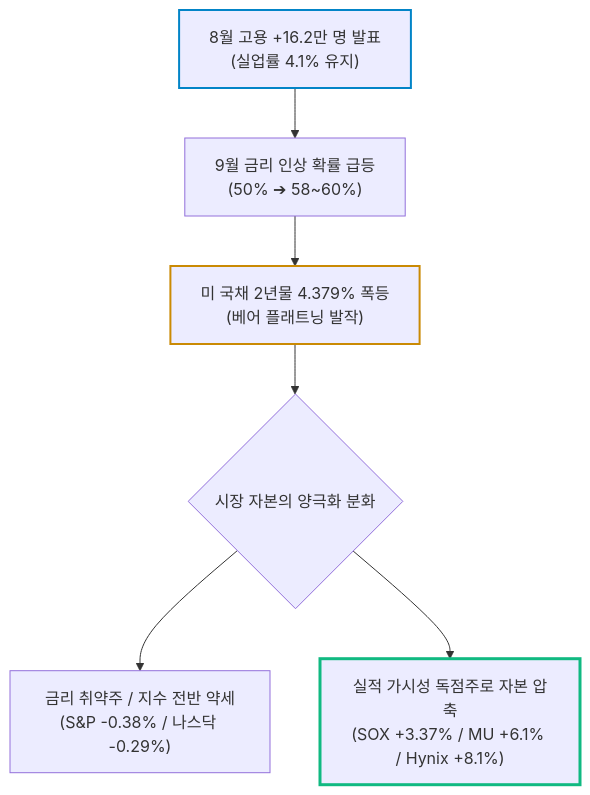
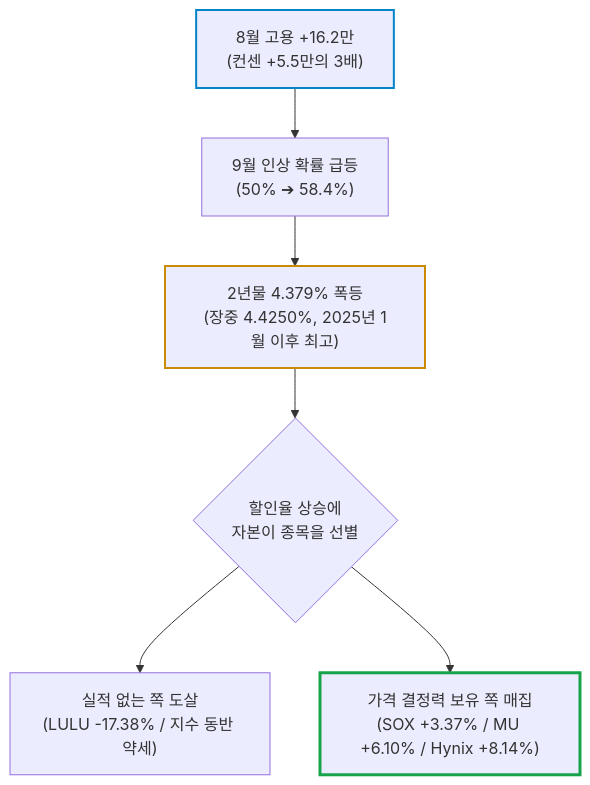
Before and after one commit to ju-sic/ju-sic.github.io: the first of 2 diagrams in docs/news/2026/09/05.md, drawn with Mermaid. The commit also changed other lines of this file and 1 other file, not shown here.

````diff
--- a/docs/news/2026/09/05.md
+++ b/docs/news/2026/09/05.md
@@ -31,12 +29,12 @@
 ```mermaid
 flowchart TD
-    Job["8월 고용 +16.2만 명 발표<br>(실업률 4.1% 유지)"] --> RateHike["9월 금리 인상 확률 급등<br>(50% ➔ 58~60%)"]
-    RateHike --> Bond["미 국채 2년물 4.379% 폭등<br>(베어 플래트닝 발작)"]
-    Bond --> Split{"시장 자본의 양극화 분화"}
-    Split --> Drop["금리 취약주 / 지수 전반 약세<br>(S&P -0.38% / 나스닥 -0.29%)"]
-    Split --> Semi["실적 가시성 독점주로 자본 압축<br>(SOX +3.37% / MU +6.1% / Hynix +8.1%)"]
+    Job["8월 고용 +16.2만<br>(컨센 +5.5만의 3배)"] --> Hike["9월 인상 확률 급등<br>(50% ➔ 58.4%)"]
+    Hike --> Bond["2년물 4.379% 폭등<br>(장중 4.4250%, 2025년 1월 이후 최고)"]
+    Bond --> Split{"할인율 상승에<br>자본이 종목을 선별"}
+    Split --> Kill["실적 없는 쪽 도살<br>(LULU -17.38% / 지수 동반 약세)"]
+    Split --> Buy["가격 결정력 보유 쪽 매집<br>(SOX +3.37% / MU +6.10% / Hynix +8.14%)"]
 
     style Job stroke:#0284c7,stroke-width:2px
     style Bond stroke:#ca8a04,stroke-width:2px
-    style Semi stroke:#10b981,stroke-width:3px
+    style Buy stroke:#16a34a,stroke-width:3px
 ```
````
